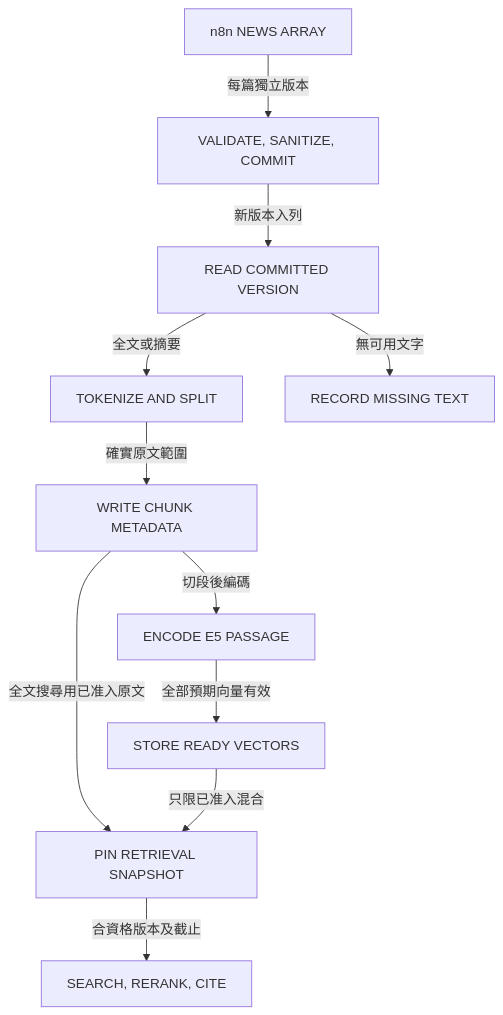
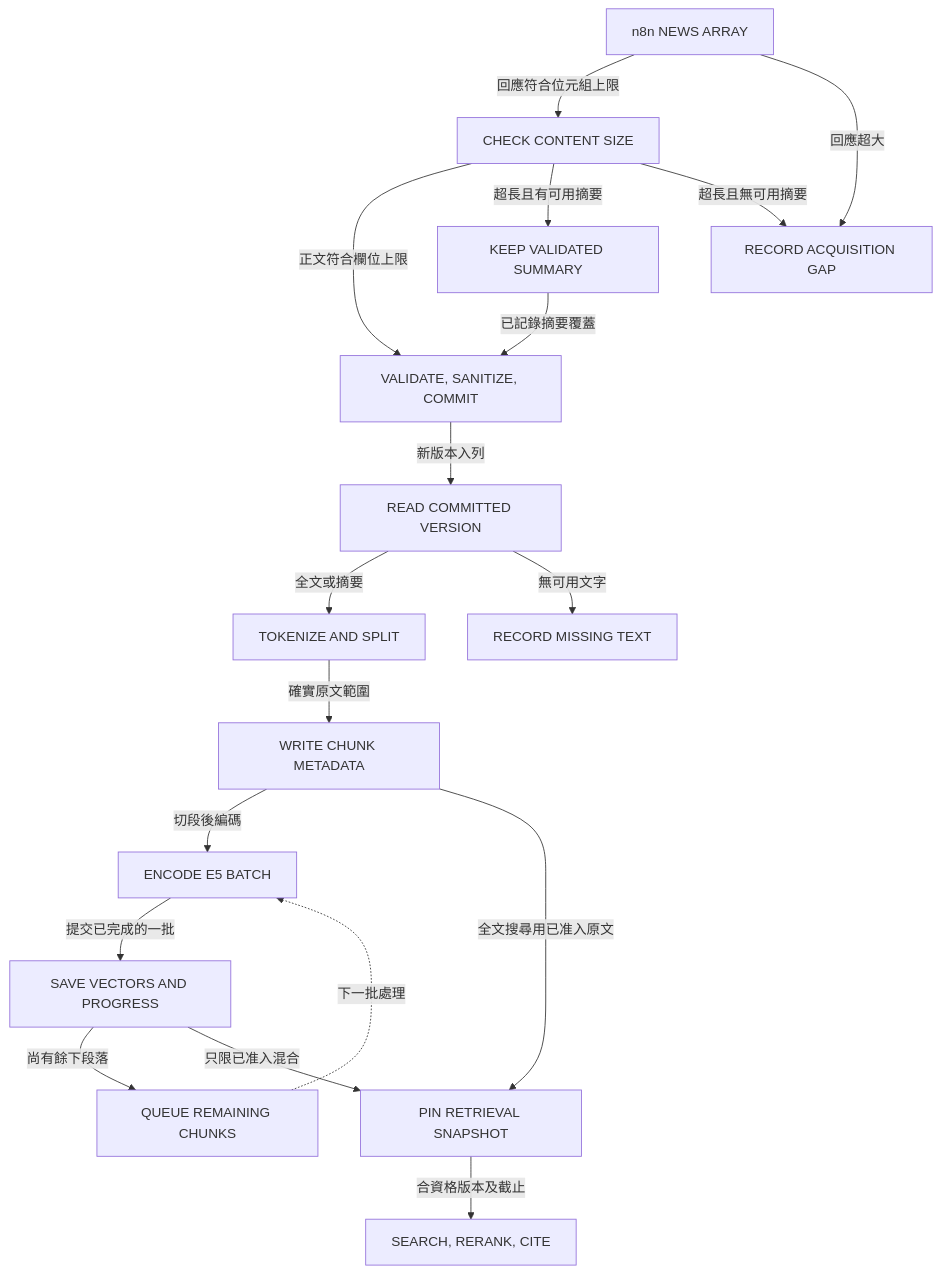
One commit to ByronHo68/ai-learning-academy changed the diagram in public/downloads/finance-diagrams/chunking-zh.mmd. Above: the diagram before and after it, drawn with Mermaid. The commit also changed 14 other files, not shown here.

```diff
--- a/public/downloads/finance-diagrams/chunking-zh.mmd
+++ b/public/downloads/finance-diagrams/chunking-zh.mmd
@@ -1,21 +1,32 @@
 flowchart TD
   n0["n8n NEWS ARRAY"]
-  n1["VALIDATE, SANITIZE, COMMIT"]
-  n2["READ COMMITTED VERSION"]
-  n3["TOKENIZE AND SPLIT"]
-  n4["RECORD MISSING TEXT"]
-  n5["WRITE CHUNK METADATA"]
-  n6["ENCODE E5 PASSAGE"]
-  n7["STORE READY VECTORS"]
-  n8["PIN RETRIEVAL SNAPSHOT"]
-  n9["SEARCH, RERANK, CITE"]
-  n0 -- "每篇獨立版本" --> n1
-  n1 -- "新版本入列" --> n2
-  n2 -- "全文或摘要" --> n3
-  n2 -- "無可用文字" --> n4
-  n3 -- "確實原文範圍" --> n5
-  n5 -- "切段後編碼" --> n6
-  n6 -- "全部預期向量有效" --> n7
-  n5 -- "全文搜尋用已准入原文" --> n8
-  n7 -- "只限已准入混合" --> n8
-  n8 -- "合資格版本及截止" --> n9
+  n1["CHECK CONTENT SIZE"]
+  n2["KEEP VALIDATED SUMMARY"]
+  n3["RECORD ACQUISITION GAP"]
+  n4["VALIDATE, SANITIZE, COMMIT"]
+  n5["READ COMMITTED VERSION"]
+  n6["TOKENIZE AND SPLIT"]
+  n7["RECORD MISSING TEXT"]
+  n8["WRITE CHUNK METADATA"]
+  n9["ENCODE E5 BATCH"]
+  n10["SAVE VECTORS AND PROGRESS"]
+  n11["QUEUE REMAINING CHUNKS"]
+  n12["PIN RETRIEVAL SNAPSHOT"]
+  n13["SEARCH, RERANK, CITE"]
+  n0 -- "回應符合位元組上限" --> n1
+  n0 -- "回應超大" --> n3
+  n1 -- "正文符合欄位上限" --> n4
+  n1 -- "超長且有可用摘要" --> n2
+  n1 -- "超長且無可用摘要" --> n3
+  n2 -- "已記錄摘要覆蓋" --> n4
+  n4 -- "新版本入列" --> n5
+  n5 -- "全文或摘要" --> n6
+  n5 -- "無可用文字" --> n7
+  n6 -- "確實原文範圍" --> n8
+  n8 -- "切段後編碼" --> n9
+  n9 -- "提交已完成的一批" --> n10
+  n10 -- "尚有餘下段落" --> n11
+  n11 -. "下一批處理" .-> n9
+  n8 -- "全文搜尋用已准入原文" --> n12
+  n10 -- "只限已准入混合" --> n12
+  n12 -- "合資格版本及截止" --> n13
```
